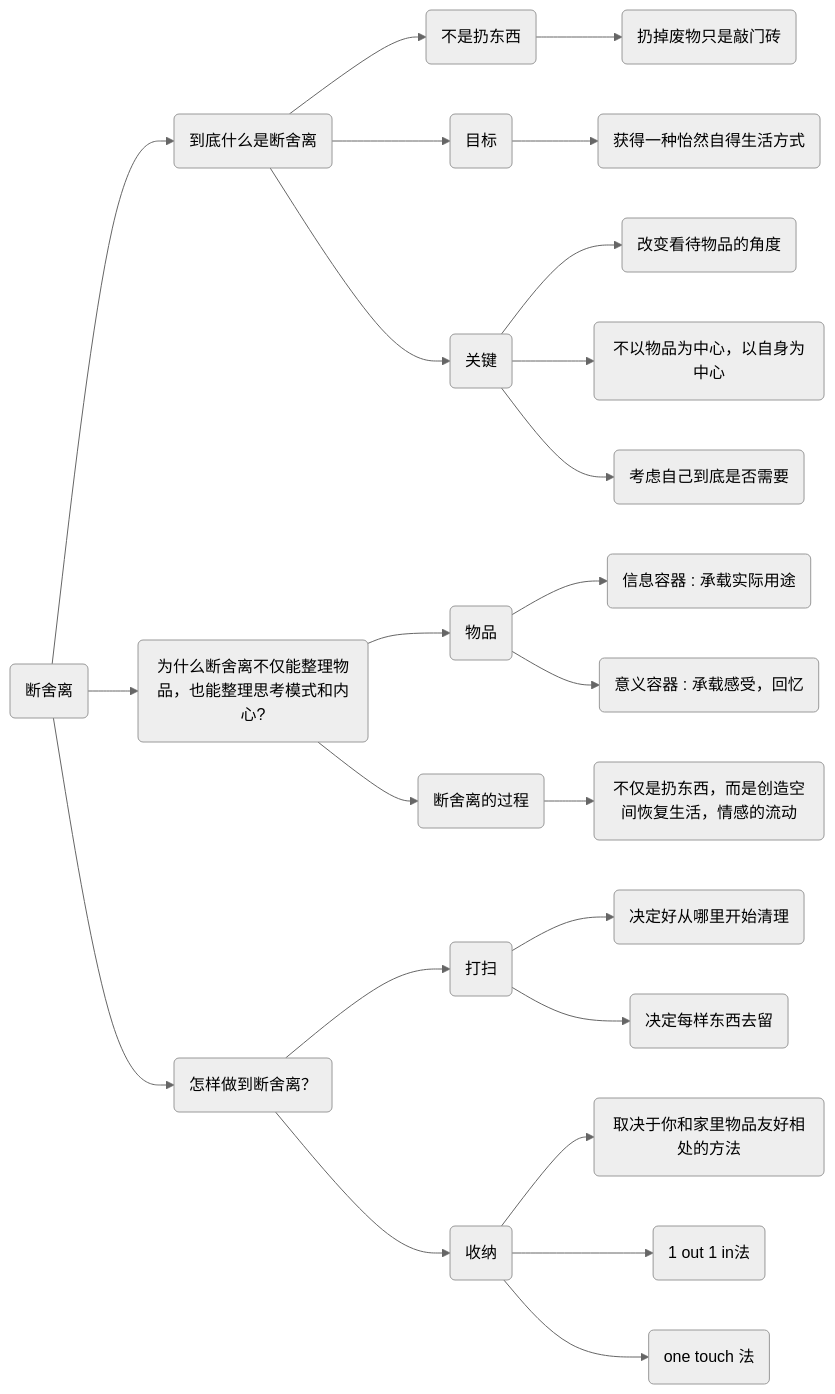
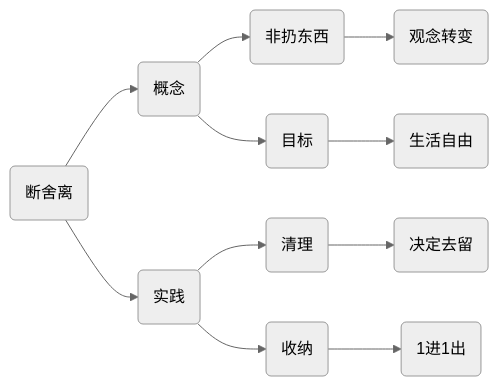
The second of 2 diagrams in docs/docs/编程外的基础/Markdown.mdx (jiangyangcreate/jiangyangcreate.github.io), drawn with Mermaid (neutral theme) before and after one commit. The commit also changed other lines of this file and 117 other files, not shown here.

````diff
--- a/docs/docs/编程外的基础/Markdown.mdx
+++ b/docs/docs/编程外的基础/Markdown.mdx
@@ -150,30 +119,16 @@
 ```mermaid
 graph LR
 DSL(断舍离)
-DSL --> DSL1(到底什么是断舍离)
-DSL --> DSL2(为什么断舍离不仅能整理物品，也能整理思考模式和内心?)
-DSL --> DSL3(怎样做到断舍离？)
+DSL --> DSL1(概念)
+DSL --> DSL2(实践)
 
-DSL1 --> DSL1_1(不是扔东西)
-DSL1_1 --> DSL1_1_1(扔掉废物只是敲门砖)
+DSL1 --> DSL1_1(非扔东西)
+DSL1_1 --> DSL1_1_1(观念转变)
 DSL1 --> DSL1_2(目标)
-DSL1_2 --> DSL1_2_1(获得一种怡然自得生活方式)
-DSL1 --> DSL1_3(关键)
-DSL1_3 --> DSL1_3_1(改变看待物品的角度)
-DSL1_3 --> DSL1_3_2(不以物品为中心，以自身为中心)
-DSL1_3 --> DSL1_3_3(考虑自己到底是否需要)
+DSL1_2 --> DSL1_2_1(生活自由)
 
-DSL2 --> DSL2_1(物品)
-DSL2_1 --> DSL2_1_1(信息容器 : 承载实际用途)
-DSL2_1 --> DSL2_1_2(意义容器 : 承载感受，回忆)
-DSL2 --> DSL2_2(断舍离的过程)
-DSL2_2 --> DSL2_2_1(不仅是扔东西，而是创造空间恢复生活，情感的流动)
-
-DSL3 --> DSL3_1(打扫)
-DSL3_1 --> DSL3_1_1(决定好从哪里开始清理)
-DSL3_1 --> DSL3_1_2(决定每样东西去留)
-DSL3 --> DSL3_2(收纳)
-DSL3_2 --> DSL3_2_1(取决于你和家里物品友好相处的方法)
-DSL3_2 --> DSL3_2_2(1 out 1 in法)
-DSL3_2 --> DSL3_2_3(one touch 法)
+DSL2 --> DSL2_1(清理)
+DSL2_1 --> DSL2_1_1(决定去留)
+DSL2 --> DSL2_2(收纳)
+DSL2_2 --> DSL2_2_1(1进1出)
 ```
````
